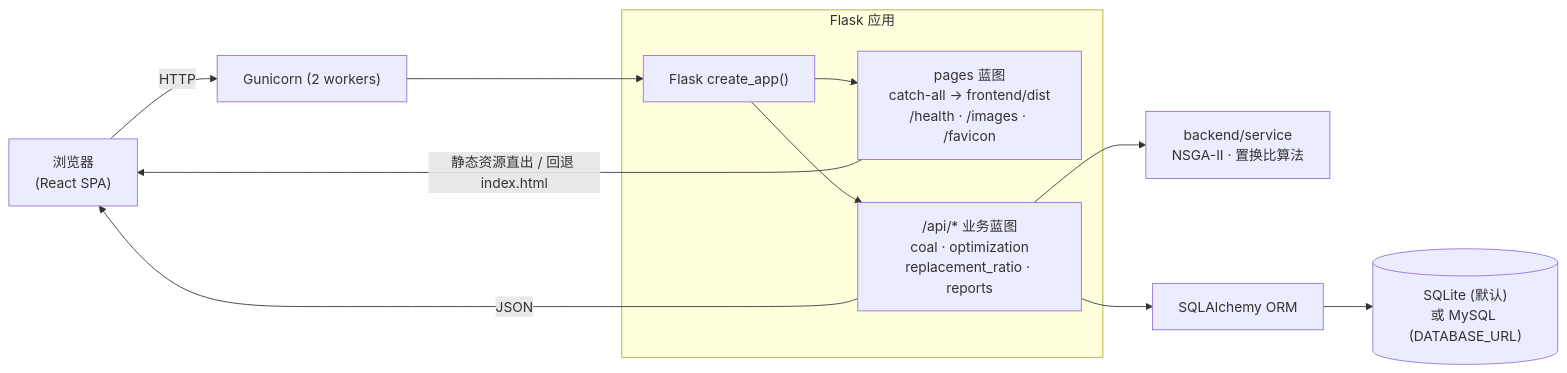
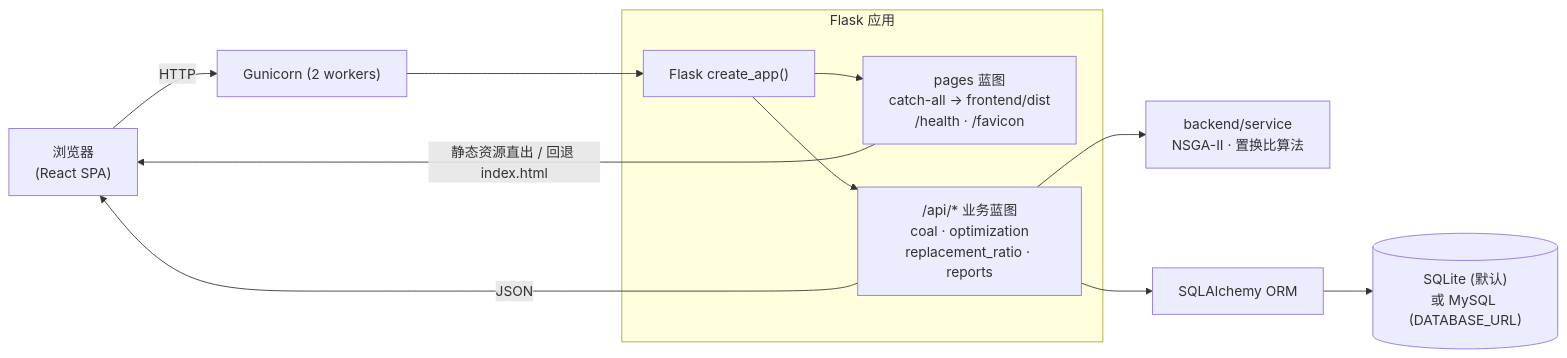
Before and after one commit to kevinalliswell/coal-database-blending-system-web: the diagram in docs/ARCHITECTURE.md, drawn with Mermaid. The commit also changed other lines of this file and 12 other files, not shown here.

````diff
--- a/docs/ARCHITECTURE.md
+++ b/docs/ARCHITECTURE.md
@@ -11,16 +11,16 @@
 ```mermaid
 flowchart LR
     B["浏览器<br/>(React SPA)"] -->|"HTTP"| G["Gunicorn (2 workers)"]
     G --> F["Flask create_app()"]
 
     subgraph Flask 应用
-      F --> P["pages 蓝图<br/>catch-all → frontend/dist<br/>/health · /images · /favicon"]
+      F --> P["pages 蓝图<br/>catch-all → frontend/dist<br/>/health · /favicon"]
       F --> A["/api/* 业务蓝图<br/>coal · optimization<br/>replacement_ratio · reports"]
     end
 
     P -->|"静态资源直出 / 回退 index.html"| B
     A -->|"JSON"| B
     A --> S["backend/service<br/>NSGA-II · 置换比算法"]
     A --> ORM["SQLAlchemy ORM"]
     ORM --> DB[("SQLite (默认)<br/>或 MySQL (DATABASE_URL)")]
 ```
````
